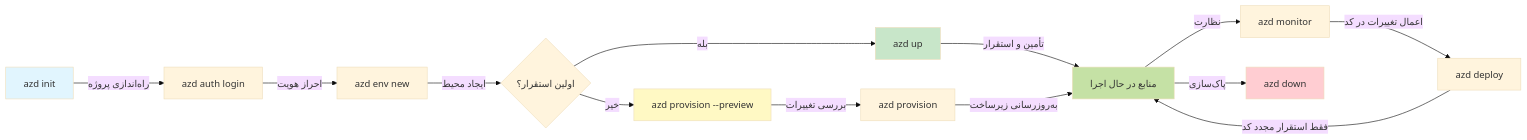
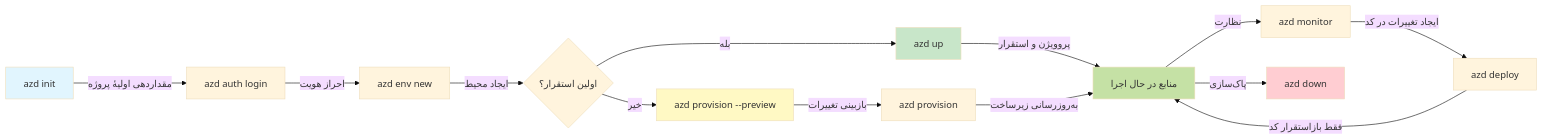
One commit to microsoft/AZD-for-beginners changed the first of 2 diagrams in translations/fa/docs/chapter-01-foundation/azd-basics.md. Above: the diagram before and after it, drawn with Mermaid (base theme). The commit also changed other lines of this file and 104 other files, not shown here.

````diff
--- a/translations/fa/docs/chapter-01-foundation/azd-basics.md
+++ b/translations/fa/docs/chapter-01-foundation/azd-basics.md
@@ -269,21 +269,21 @@
 ```mermaid
 graph LR
-    A[azd init] -->|راه‌اندازی پروژه| B[azd auth login]
+    A[azd init] -->|مقداردهی اولیهٔ پروژه| B[azd auth login]
     B -->|احراز هویت| C[azd env new]
     C -->|ایجاد محیط| D{اولین استقرار؟}
     D -->|بله| E[azd up]
     D -->|خیر| F[azd provision --preview]
-    F -->|بررسی تغییرات| G[azd provision]
-    E -->|تأمین و استقرار| H[منابع در حال اجرا]
+    F -->|بازبینی تغییرات| G[azd provision]
+    E -->|پروویژن و استقرار| H[منابع در حال اجرا]
     G -->|به‌روزرسانی زیرساخت| H
     H -->|نظارت| I[azd monitor]
-    I -->|اعمال تغییرات در کد| J[azd deploy]
-    J -->|فقط استقرار مجدد کد| H
+    I -->|ایجاد تغییرات در کد| J[azd deploy]
+    J -->|فقط بازاستقرار کد| H
     H -->|پاک‌سازی| K[azd down]
     
     style A fill:#e1f5fe
     style E fill:#c8e6c9
     style F fill:#fff9c4
     style H fill:#c5e1a5
     style K fill:#ffcdd2
 ```
````
